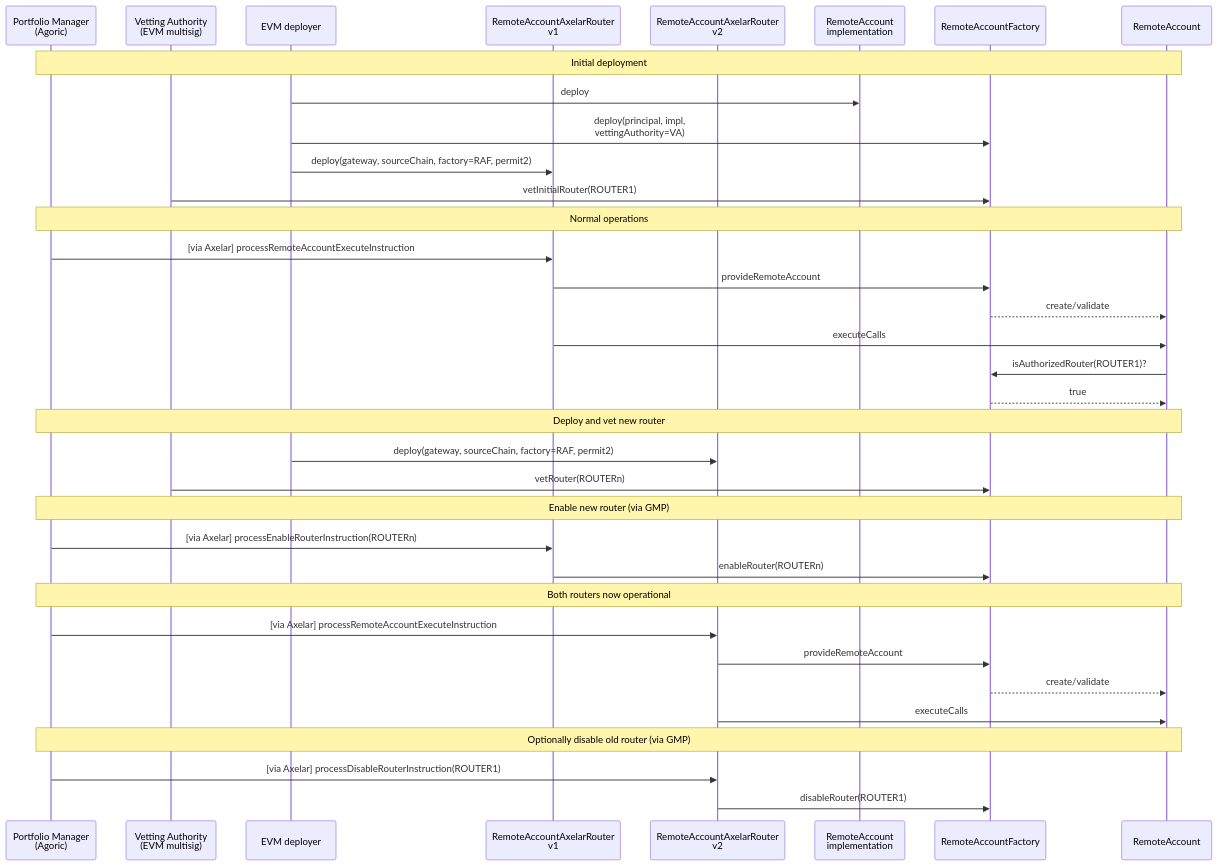
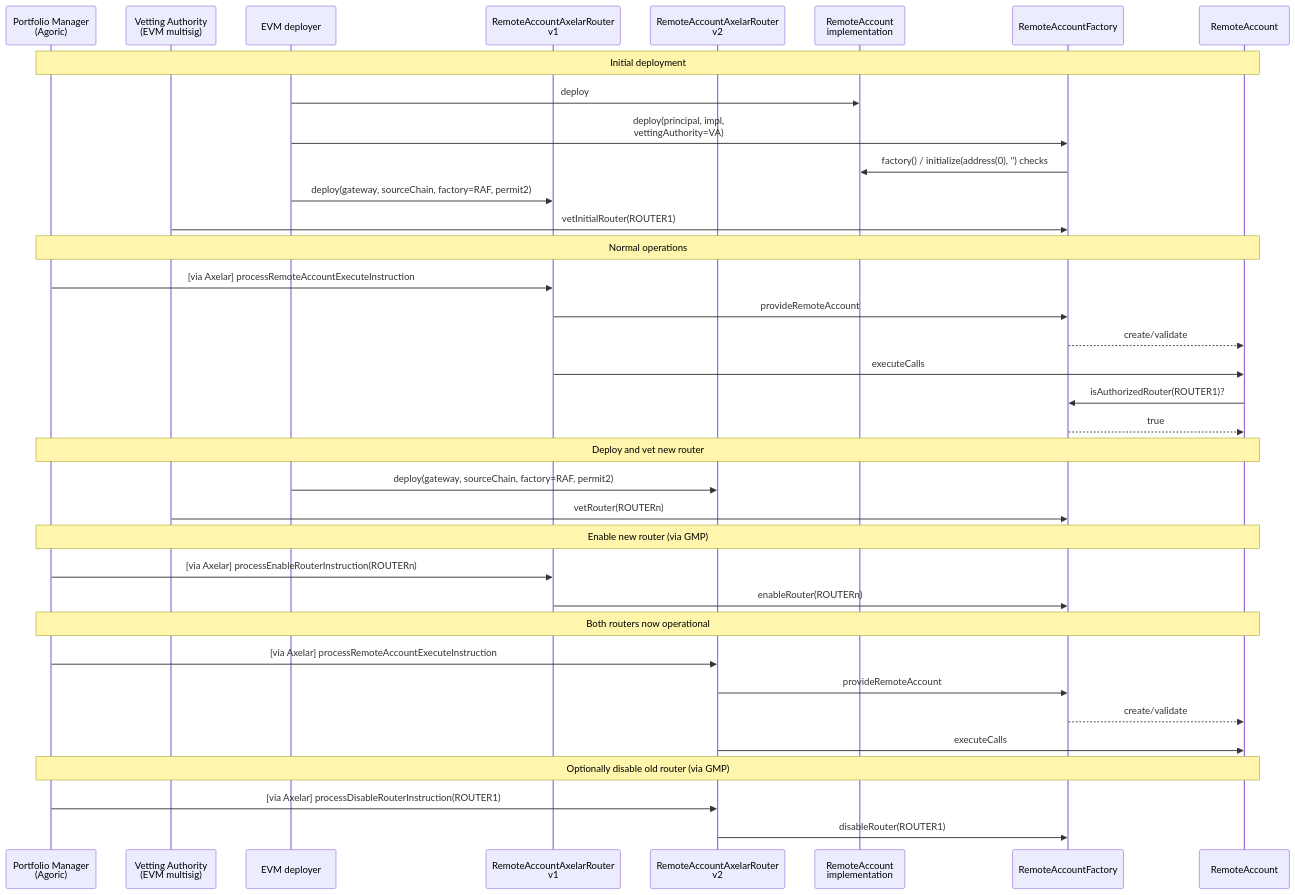
Before and after one commit to agoric-labs/agoric-to-axelar-local: the tenth of 10 diagrams in packages/axelar-local-dev-cosmos/src/contracts/design.md, drawn with Mermaid. The commit also changed other lines of this file, not shown here.

````diff
--- a/packages/axelar-local-dev-cosmos/src/contracts/design.md
+++ b/packages/axelar-local-dev-cosmos/src/contracts/design.md
@@ -668,43 +688,44 @@
 ```mermaid
 sequenceDiagram
     participant PM as Portfolio Manager<br>(Agoric)
     participant VA as Vetting Authority<br>(EVM multisig)
     participant EVM_DEPLOYER as EVM deployer
     participant ROUTER1 as RemoteAccountAxelarRouter<br>v1
     participant ROUTERn as RemoteAccountAxelarRouter<br>v2
     participant IMP as RemoteAccount<br>implementation
     participant RAF as RemoteAccountFactory
     participant RA as RemoteAccount
 
     Note over PM,RA: Initial deployment
     EVM_DEPLOYER->>IMP: deploy
     EVM_DEPLOYER->>RAF: deploy(principal, impl,<br>vettingAuthority=VA)
+    RAF->>IMP: factory() / initialize(address(0), '') checks
     EVM_DEPLOYER->>ROUTER1: deploy(gateway, sourceChain, factory=RAF, permit2)
     VA->>RAF: vetInitialRouter(ROUTER1)
 
     Note over PM,RA: Normal operations
     PM->>ROUTER1: [via Axelar] processRemoteAccountExecuteInstruction
     ROUTER1->>RAF: provideRemoteAccount
     RAF-->>RA: create/validate
     ROUTER1->>RA: executeCalls
     RA->>RAF: isAuthorizedRouter(ROUTER1)?
     RAF-->>RA: true
 
     Note over PM,RA: Deploy and vet new router
     EVM_DEPLOYER->>ROUTERn: deploy(gateway, sourceChain, factory=RAF, permit2)
     VA->>RAF: vetRouter(ROUTERn)
 
     Note over PM,RA: Enable new router (via GMP)
     PM->>ROUTER1: [via Axelar] processEnableRouterInstruction(ROUTERn)
     ROUTER1->>RAF: enableRouter(ROUTERn)
 
     Note over PM,RA: Both routers now operational
     PM->>ROUTERn: [via Axelar] processRemoteAccountExecuteInstruction
     ROUTERn->>RAF: provideRemoteAccount
     RAF-->>RA: create/validate
     ROUTERn->>RA: executeCalls
 
     Note over PM,RA: Optionally disable old router (via GMP)
     PM->>ROUTERn: [via Axelar] processDisableRouterInstruction(ROUTER1)
     ROUTERn->>RAF: disableRouter(ROUTER1)
 ```
````
